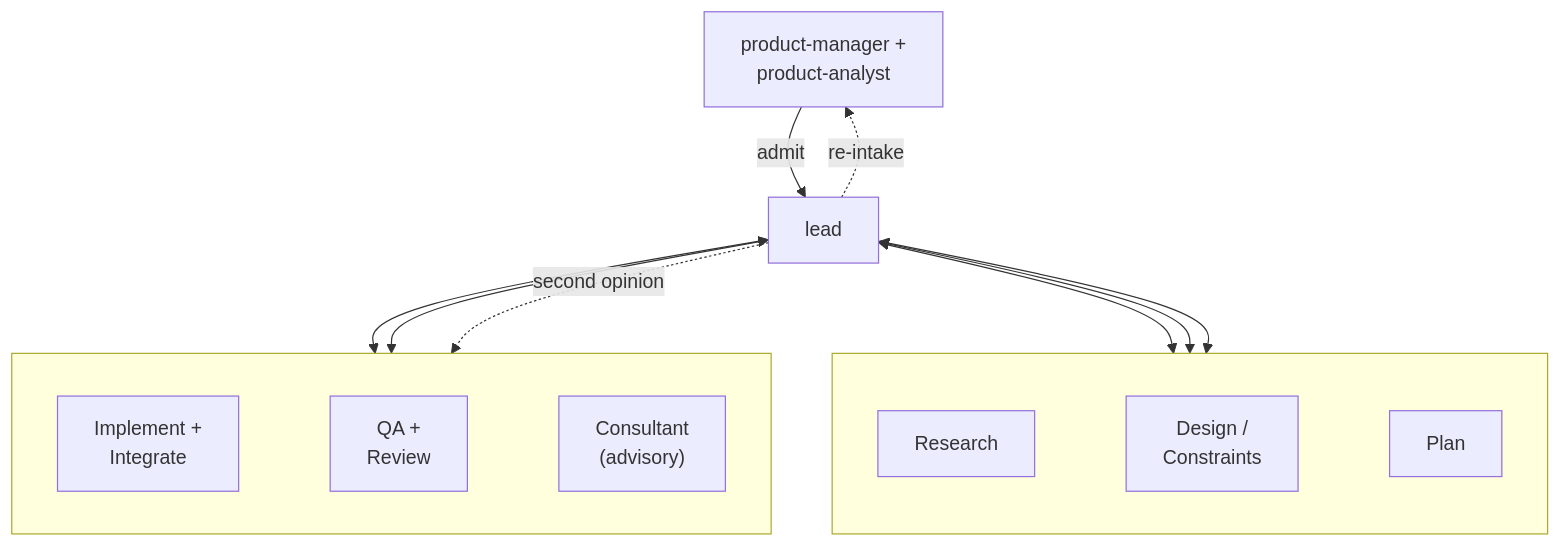
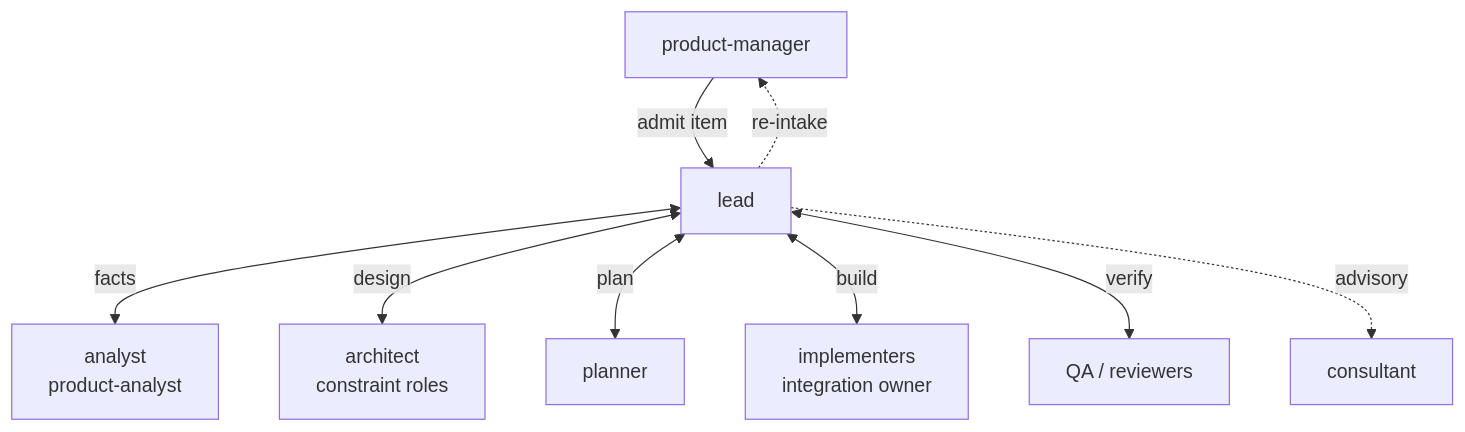
One commit to applicate2628/Orchestrarium changed the second of 6 diagrams in references/operating-model-diagram.md. Above: the diagram before and after it, drawn with Mermaid. The commit also changed other lines of this file, not shown here.

First line of the commit message:
Align operating-model-diagram.md with Claudestrator format

````diff
--- a/references/operating-model-diagram.md
+++ b/references/operating-model-diagram.md
@@ -34,25 +29,12 @@
 ```mermaid
 flowchart TB
-    R["product-manager +\nproduct-analyst"]
-    L["lead"]
+    PM["product-manager"] -->|"admit item"| L["lead"]
+    L -. "re-intake" .-> PM
 
-    subgraph Prepare[" "]
-        direction LR
-        F["Research"] ~~~ D["Design /\nConstraints"] ~~~ P["Plan"]
-    end
-
-    subgraph Execute[" "]
-        direction LR
-        B["Implement +\nIntegrate"] ~~~ V["QA +\nReview"] ~~~ C["Consultant\n(advisory)"]
-    end
-
-    R -->|admit| L
-    L -. "re-intake" .-> R
-
-    L <--> F
-    L <--> D
-    L <--> P
-    L <--> B
-    L <--> V
-    L -. "second opinion" .-> C
+    L <-->|"facts"| AN["analyst\nproduct-analyst"]
+    L <-->|"design"| AR["architect\nconstraint roles"]
+    L <-->|"plan"| PL["planner"]
+    L <-->|"build"| IM["implementers\nintegration owner"]
+    L <-->|"verify"| QA["QA / reviewers"]
+    L -. "advisory" .-> CO["consultant"]
 ```
````
